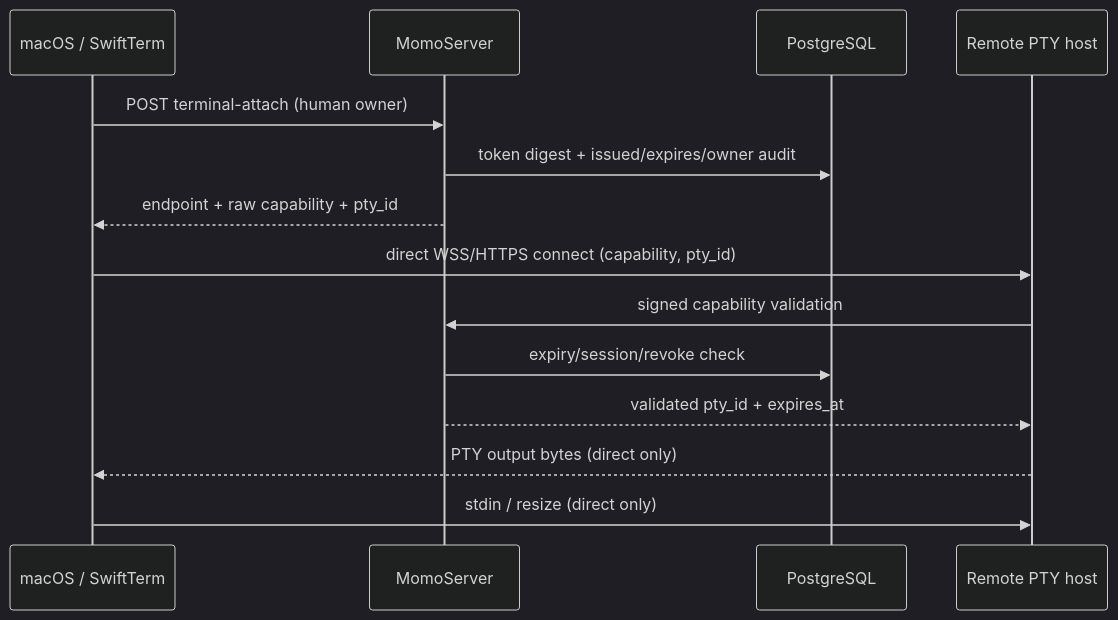
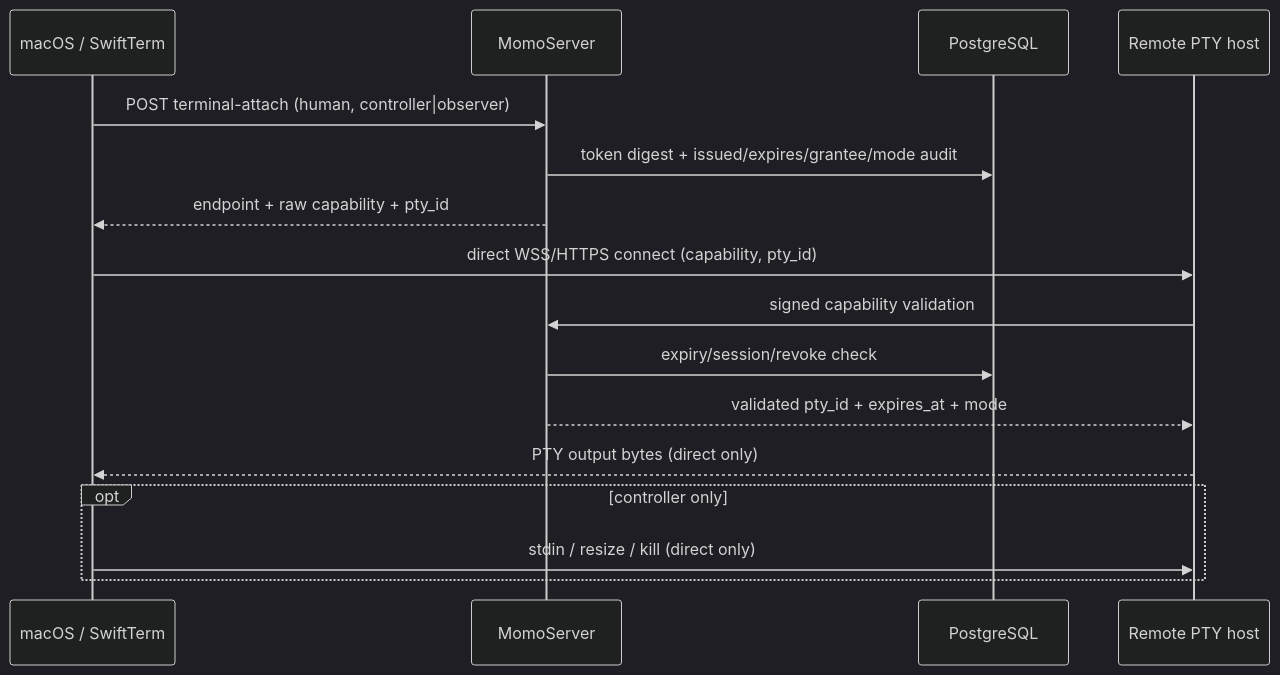
The second of 4 diagrams in docs/architecture/overview.md (yeomyeonggeori/oort), drawn with Mermaid (dark theme) before and after one commit. The commit also changed other lines of this file and 3 other files, not shown here.

Commit message:
docs(server): publish observer attach contract (#558)

````diff
--- a/docs/architecture/overview.md
+++ b/docs/architecture/overview.md
@@ -223,16 +233,18 @@
 ```mermaid
 sequenceDiagram
     participant C as macOS / SwiftTerm
     participant S as MomoServer
     participant P as PostgreSQL
     participant H as Remote PTY host
-    C->>S: POST terminal-attach (human owner)
-    S->>P: token digest + issued/expires/owner audit
+    C->>S: POST terminal-attach (human, controller|observer)
+    S->>P: token digest + issued/expires/grantee/mode audit
     S-->>C: endpoint + raw capability + pty_id
     C->>H: direct WSS/HTTPS connect (capability, pty_id)
     H->>S: signed capability validation
     S->>P: expiry/session/revoke check
-    S-->>H: validated pty_id + expires_at
+    S-->>H: validated pty_id + expires_at + mode
     H-->>C: PTY output bytes (direct only)
-    C->>H: stdin / resize (direct only)
+    opt controller only
+        C->>H: stdin / resize / kill (direct only)
+    end
 ```
````
